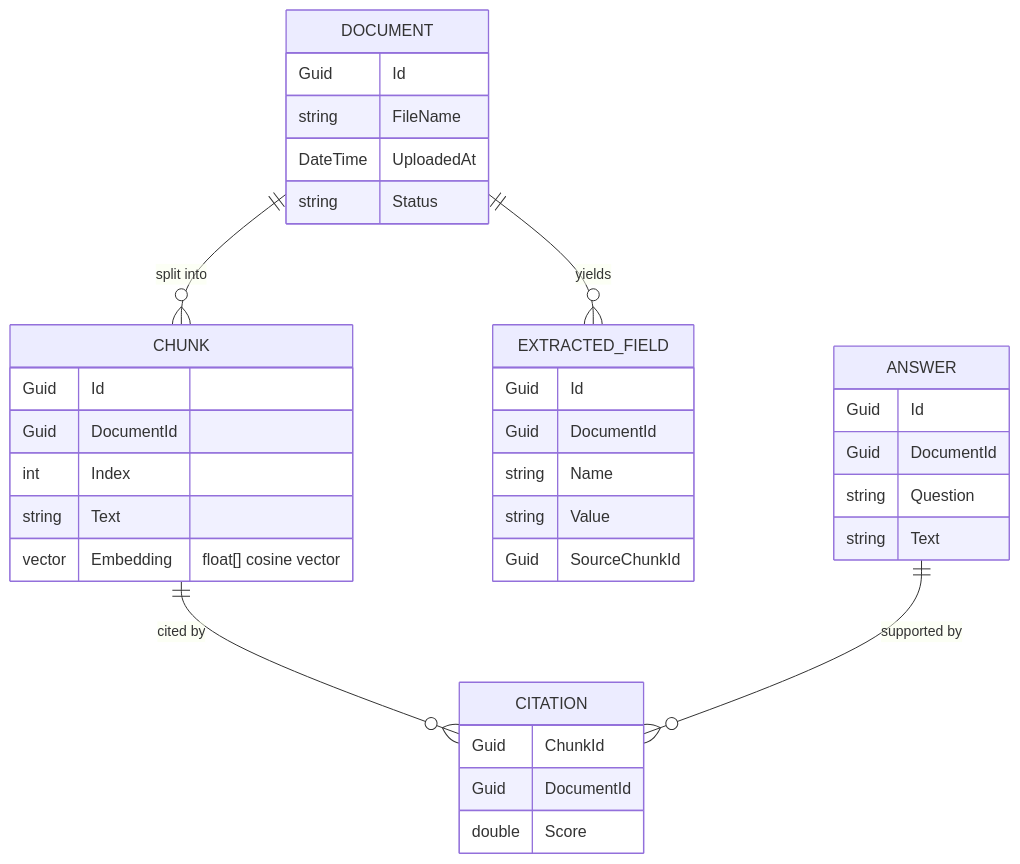
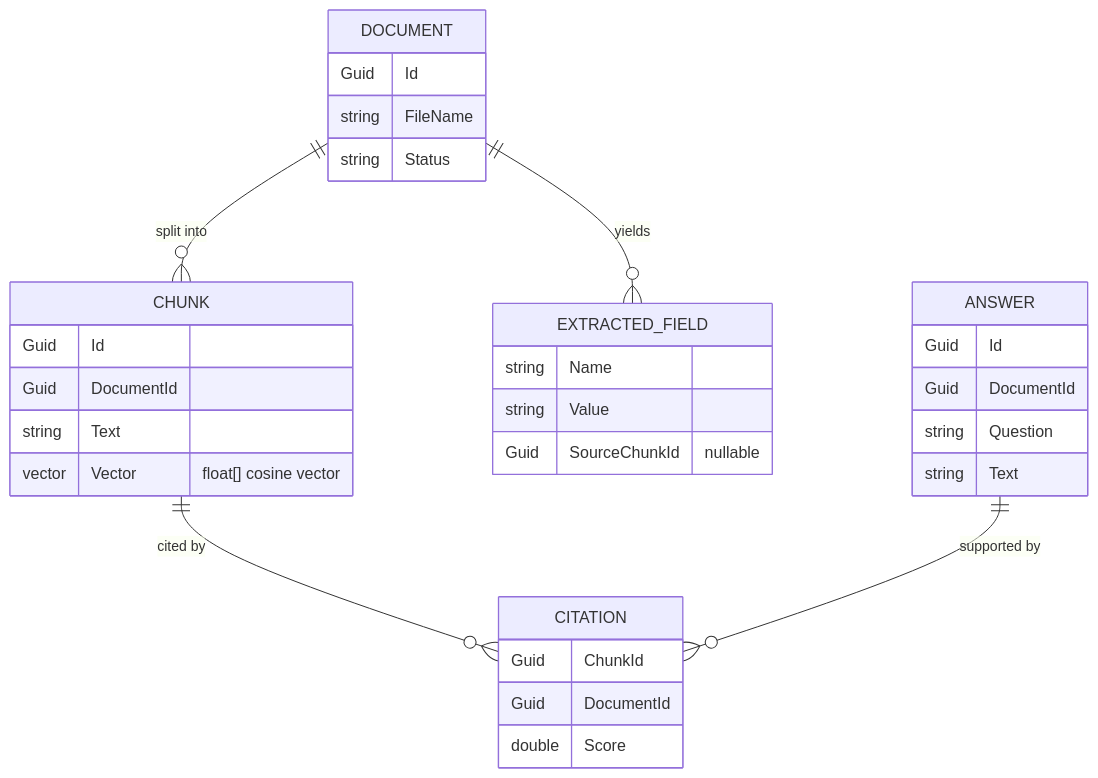
Before and after one commit to hectorreyesdev/landdoc-intelligence: the diagram in knowledge/docs/DATA-MODEL.md, drawn with Mermaid. The commit also changed other lines of this file and 18 other files, not shown here.

````diff
--- a/knowledge/docs/DATA-MODEL.md
+++ b/knowledge/docs/DATA-MODEL.md
@@ -7,39 +7,35 @@
 ```mermaid
 erDiagram
     DOCUMENT ||--o{ CHUNK : "split into"
     DOCUMENT ||--o{ EXTRACTED_FIELD : "yields"
     CHUNK ||--o{ CITATION : "cited by"
     ANSWER ||--o{ CITATION : "supported by"
 
     DOCUMENT {
       Guid Id
       string FileName
-      DateTime UploadedAt
       string Status
     }
     CHUNK {
       Guid Id
       Guid DocumentId
-      int Index
       string Text
-      vector Embedding "float[] cosine vector"
+      vector Vector "float[] cosine vector"
     }
     EXTRACTED_FIELD {
-      Guid Id
-      Guid DocumentId
       string Name
       string Value
-      Guid SourceChunkId
+      Guid SourceChunkId "nullable"
     }
     ANSWER {
       Guid Id
       Guid DocumentId
       string Question
       string Text
     }
     CITATION {
       Guid ChunkId
       Guid DocumentId
       double Score
     }
 ```
````
